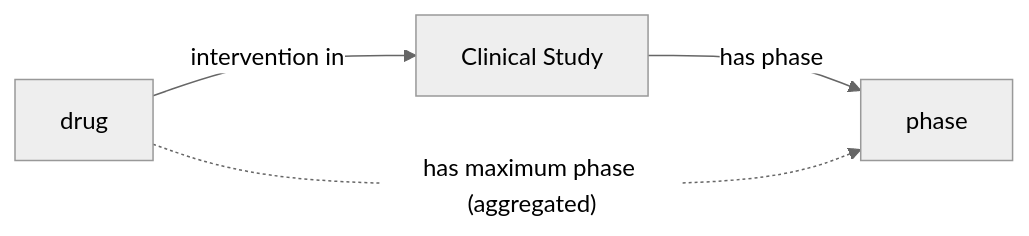
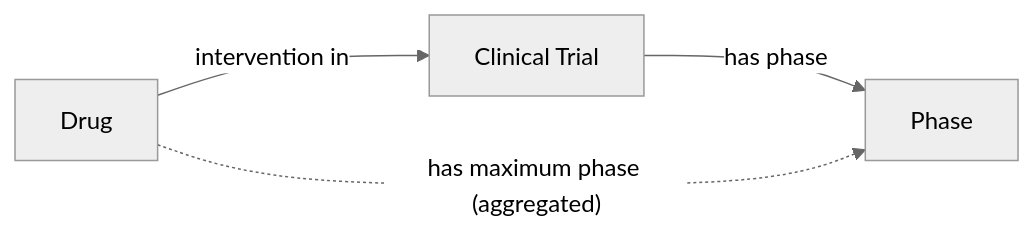
Before and after one commit to cthoyt/cthoyt.github.io: the first of 7 diagrams in _posts/2025-01-23-clinical-trials-model.md, drawn with Mermaid (neutral theme). The commit also changed other lines of this file, not shown here.

````diff
--- a/_posts/2025-01-23-clinical-trials-model.md
+++ b/_posts/2025-01-23-clinical-trials-model.md
@@ -453,5 +471,5 @@
 ```mermaid
    graph LR
-     drug -- intervention in --> trial[Clinical Study] -- has phase --> phase
+     drug[Drug] -- intervention in --> trial[Clinical Trial] -- has phase --> phase[Phase]
      drug -. has maximum phase (aggregated) .-> phase
 ```
````
